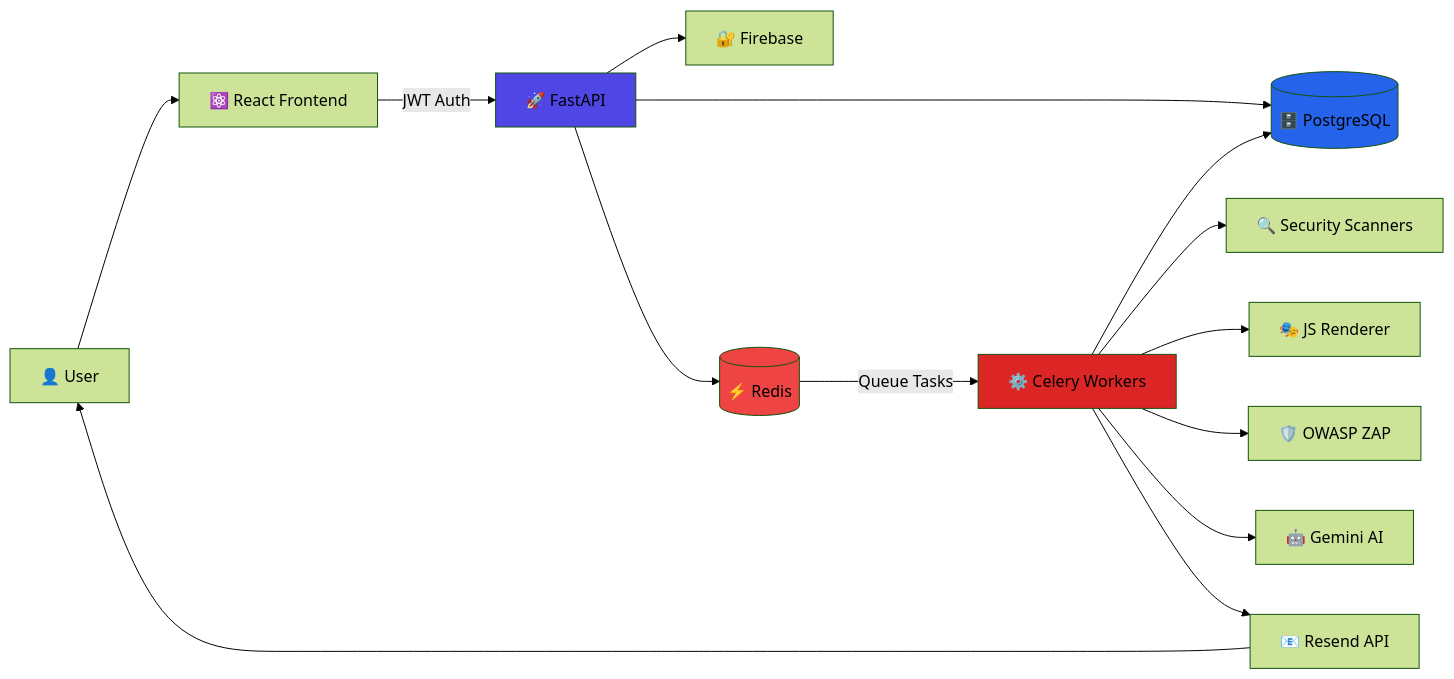
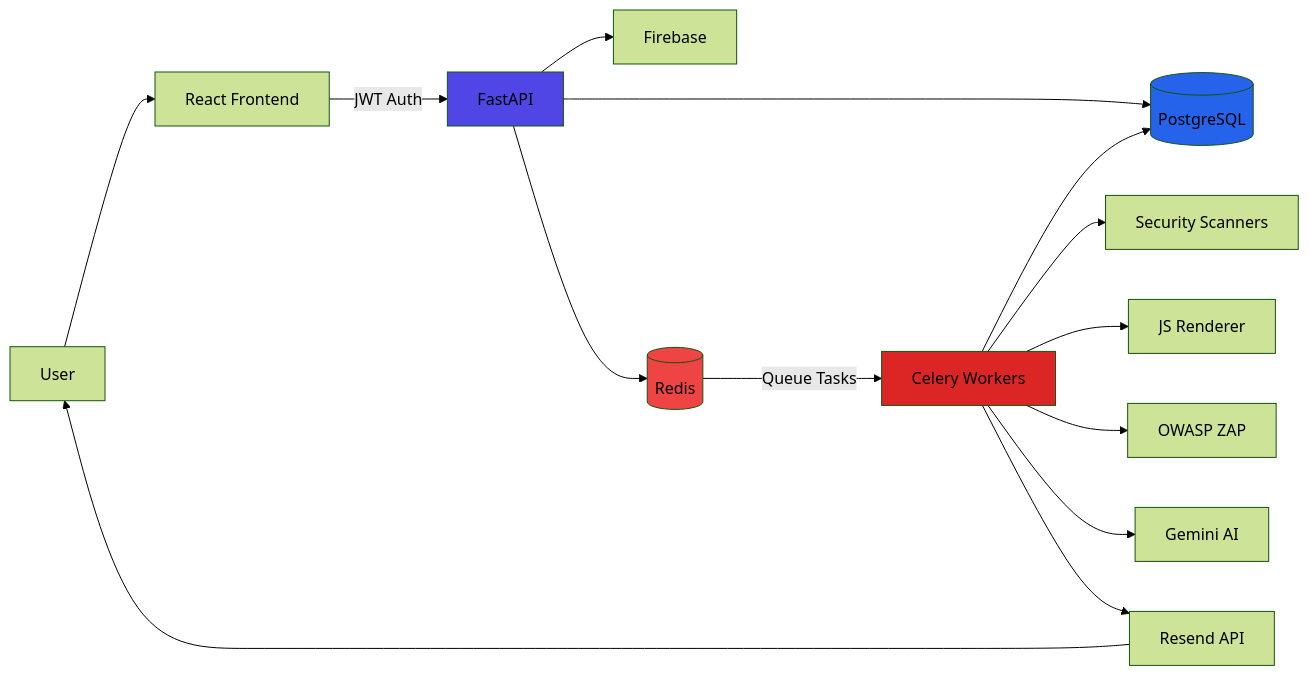
The second of 3 diagrams in README.md (thebuildguild-dev/vibesecure), drawn with Mermaid (forest theme) before and after one commit. The commit also changed other lines of this file and 31 other files, not shown here.

````diff
--- a/README.md
+++ b/README.md
@@ -217,26 +218,26 @@
 ```mermaid
 flowchart LR
-    User[👤 User] --> Frontend[⚛️ React Frontend]
-    Frontend -->|JWT Auth| API[🚀 FastAPI]
+    User[User] --> Frontend[React Frontend]
+    Frontend -->|JWT Auth| API[FastAPI]
 
-    API --> Firebase[🔐 Firebase]
-    API --> DB[(🗄️ PostgreSQL)]
-    API --> Cache[(⚡ Redis)]
+    API --> Firebase[Firebase]
+    API --> DB[(PostgreSQL)]
+    API --> Cache[(Redis)]
 
-    Cache -->|Queue Tasks| Worker[⚙️ Celery Workers]
+    Cache -->|Queue Tasks| Worker[Celery Workers]
 
-    Worker --> Scanners[🔍 Security Scanners]
-    Worker --> Playwright[🎭 JS Renderer]
-    Worker --> ZAP[🛡️ OWASP ZAP]
+    Worker --> Scanners[Security Scanners]
+    Worker --> Playwright[JS Renderer]
+    Worker --> ZAP[OWASP ZAP]
 
-    Worker --> AI[🤖 Gemini AI]
-    Worker --> Email[📧 Resend API]
+    Worker --> AI[Gemini AI]
+    Worker --> Email[Resend API]
 
     Worker --> DB
     Email --> User
 
     style API fill:#4f46e5
     style Worker fill:#dc2626
     style DB fill:#2563eb
     style Cache fill:#ef4444
 ```
````
